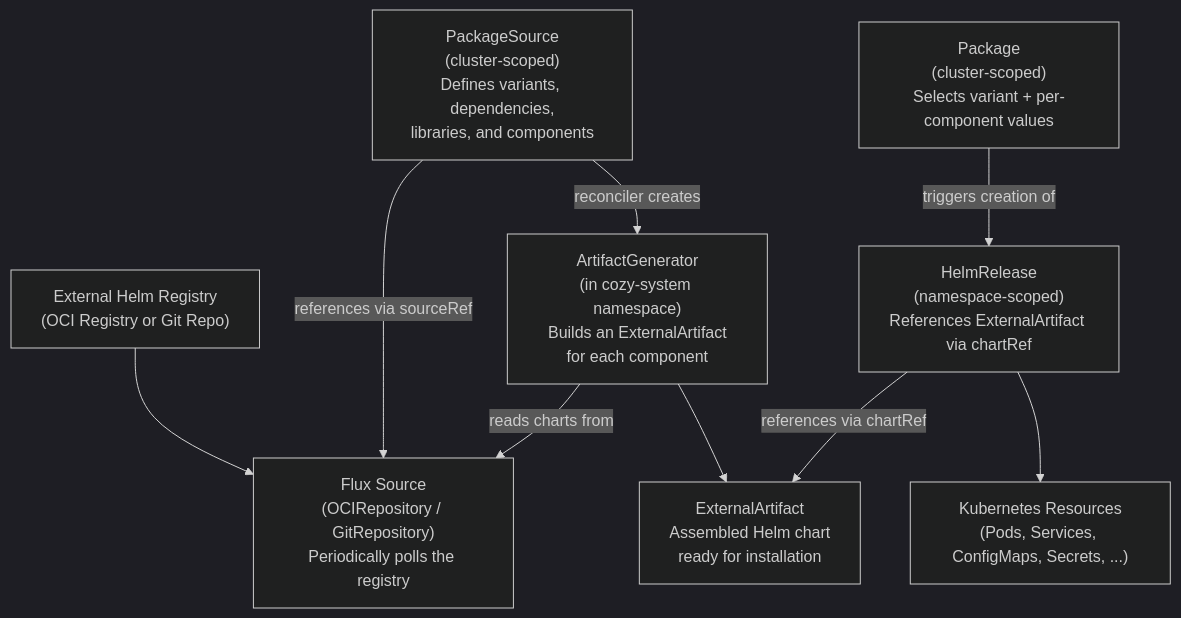
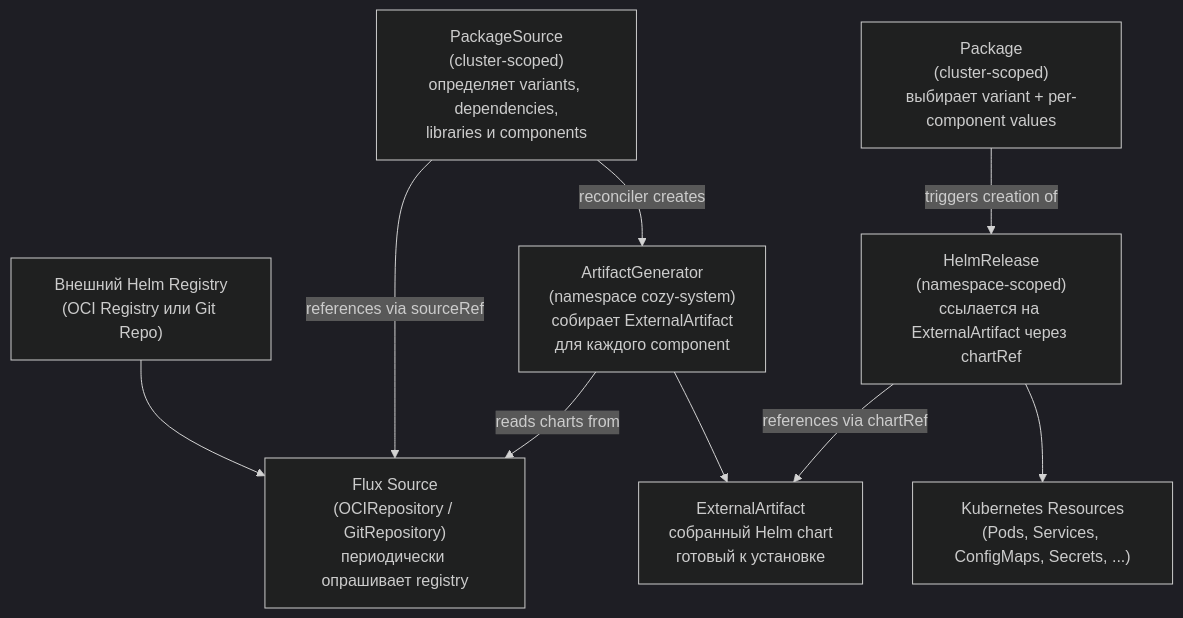
Before and after one commit to katamarina-ru/cozystack-website: the second of 9 diagrams in content/en/docs/v1.3/guides/concepts.md, drawn with Mermaid (dark theme). The commit also changed other lines of this file and 55 other files, not shown here.

````diff
--- a/content/en/docs/v1.3/guides/concepts.md
+++ b/content/en/docs/v1.3/guides/concepts.md
@@ -136,20 +136,20 @@
 ```mermaid
 flowchart TD
-    REG["External Helm Registry<br/>(OCI Registry or Git Repo)"]
-    SRC["Flux Source<br/>(OCIRepository / GitRepository)<br/>Periodically polls the registry"]
-    PS["PackageSource<br/>(cluster-scoped)<br/>Defines variants, dependencies,<br/>libraries, and components"]
-    AG["ArtifactGenerator<br/>(in cozy-system namespace)<br/>Builds an ExternalArtifact<br/>for each component"]
-    EA["ExternalArtifact<br/>Assembled Helm chart<br/>ready for installation"]
-    PKG["Package<br/>(cluster-scoped)<br/>Selects variant + per-component values"]
-    HR["HelmRelease<br/>(namespace-scoped)<br/>References ExternalArtifact via chartRef"]
+    REG["Внешний Helm Registry<br/>(OCI Registry или Git Repo)"]
+    SRC["Flux Source<br/>(OCIRepository / GitRepository)<br/>периодически опрашивает registry"]
+    PS["PackageSource<br/>(cluster-scoped)<br/>определяет variants, dependencies,<br/>libraries и components"]
+    AG["ArtifactGenerator<br/>(namespace cozy-system)<br/>собирает ExternalArtifact<br/>для каждого component"]
+    EA["ExternalArtifact<br/>собранный Helm chart<br/>готовый к установке"]
+    PKG["Package<br/>(cluster-scoped)<br/>выбирает variant + per-component values"]
+    HR["HelmRelease<br/>(namespace-scoped)<br/>ссылается на ExternalArtifact через chartRef"]
     K8S["Kubernetes Resources<br/>(Pods, Services, ConfigMaps, Secrets, ...)"]
 
     REG --> SRC
     PS -->|"references via sourceRef"| SRC
     PS -->|"reconciler creates"| AG
     AG -->|"reads charts from"| SRC
     AG --> EA
     PKG -->|"triggers creation of"| HR
     HR -->|"references via chartRef"| EA
     HR --> K8S
 ```
````
